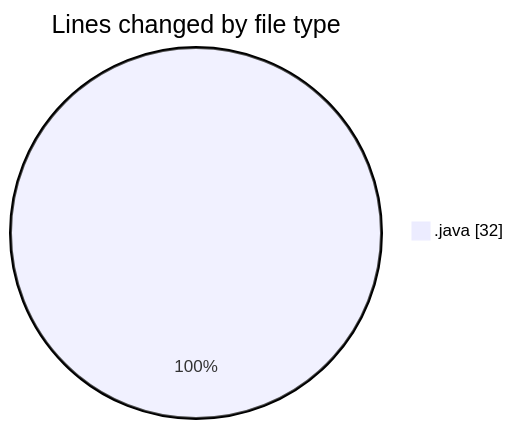
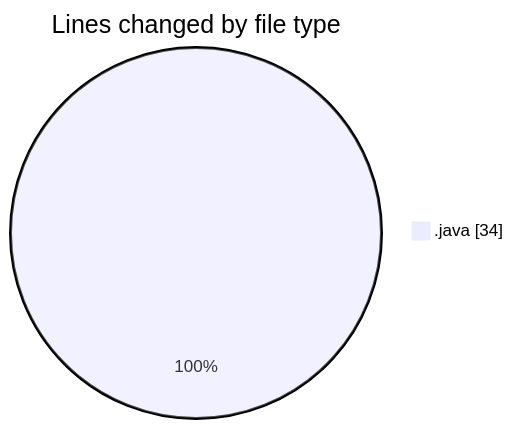
Before and after one commit to NitaiMahat/code-tracking: the first of 2 diagrams in 2025-02-05/computer_202/README.md, drawn with Mermaid. The commit also changed other lines of this file and 1 other file, not shown here.

````diff
--- a/2025-02-05/computer_202/README.md
+++ b/2025-02-05/computer_202/README.md
@@ -22,5 +22,5 @@
 ```mermaid
 pie showData
 title Lines changed by file type
-".java" : 32
+".java" : 34
 ```
````
